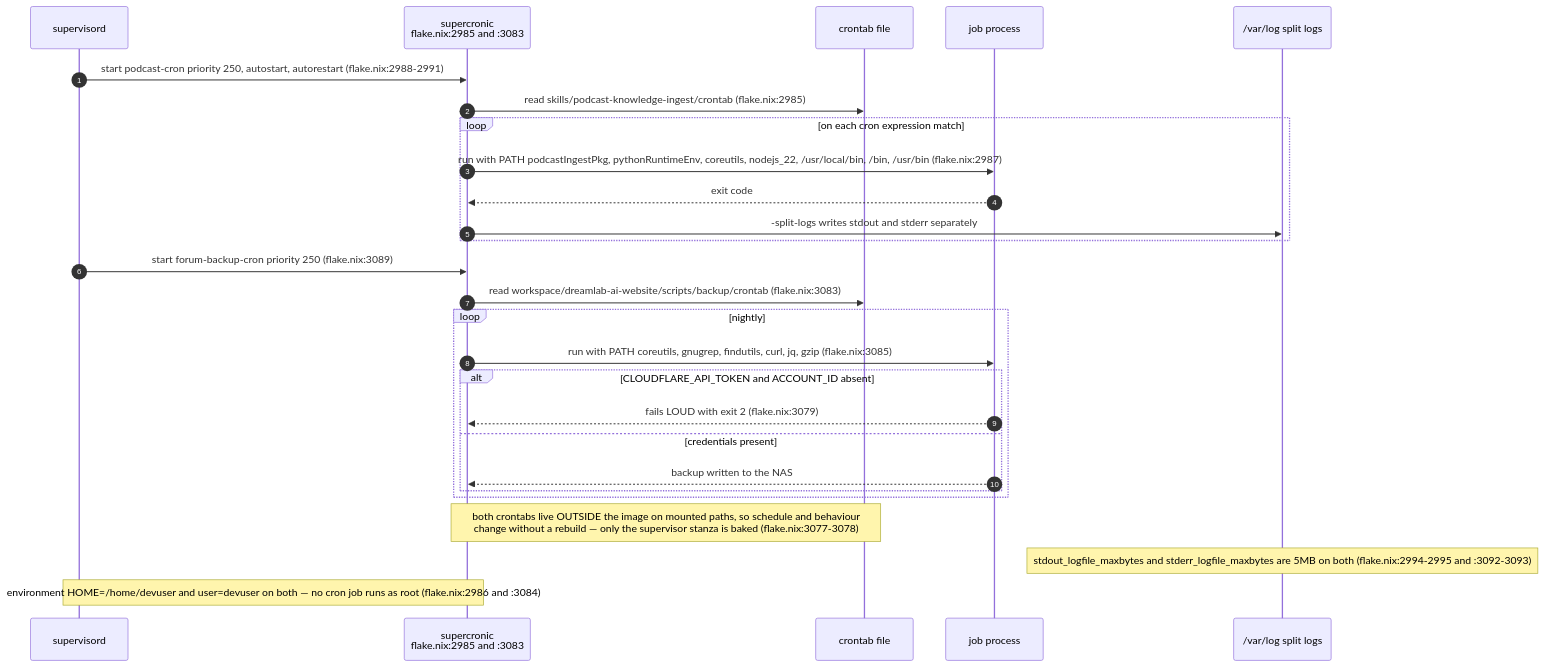
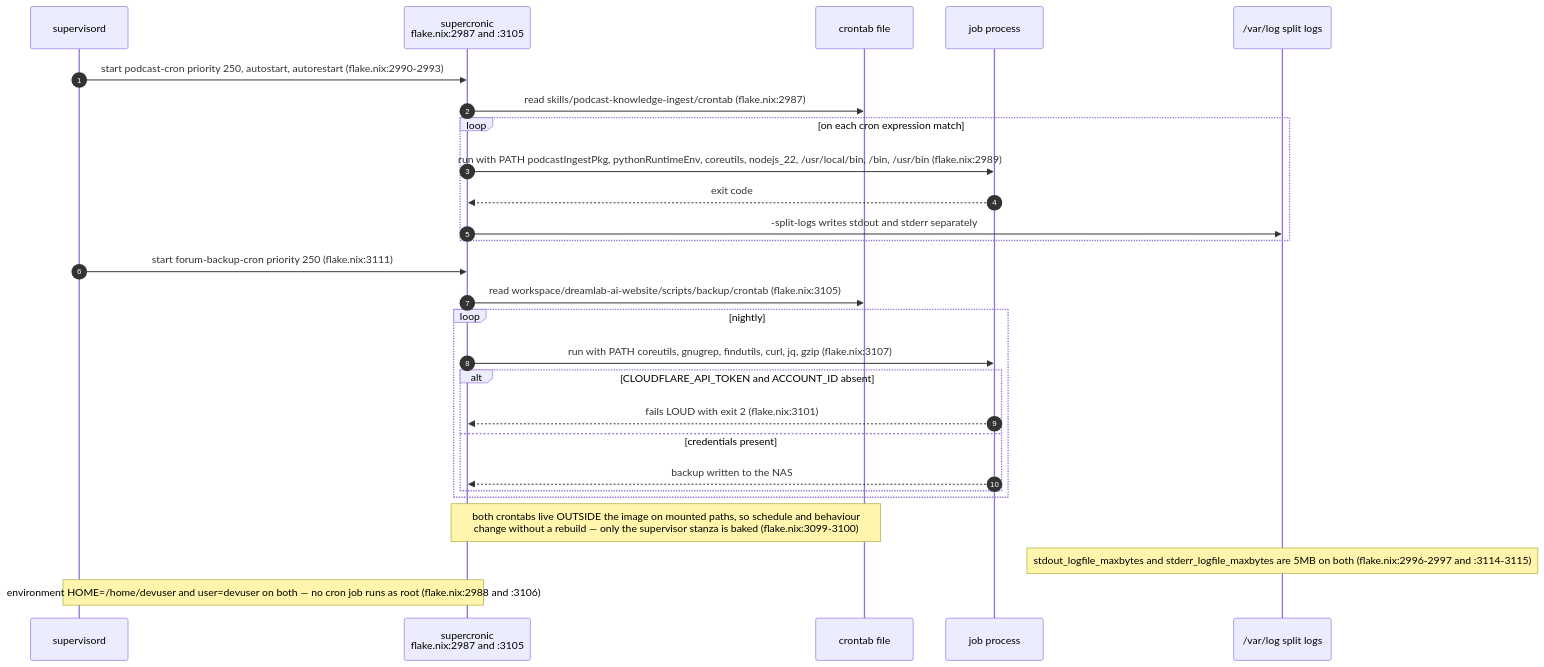
Before and after one commit to DreamLab-AI/VisionFlow: the seventh of 11 diagrams in docs/diagrams/agentbox/07-daemons-reapers-cron-backups.md, drawn with Mermaid. The commit also changed other lines of this file and 173 other files, not shown here.

````diff
--- a/docs/diagrams/agentbox/07-daemons-reapers-cron-backups.md
+++ b/docs/diagrams/agentbox/07-daemons-reapers-cron-backups.md
@@ -289,30 +298,30 @@
 ```mermaid
 sequenceDiagram
     autonumber
     participant SUP as supervisord
-    participant SC as supercronic<br/>flake.nix:2985 and :3083
+    participant SC as supercronic<br/>flake.nix:2987 and :3105
     participant CT as crontab file
     participant J as job process
     participant L as /var/log split logs
 
-    SUP->>SC: start podcast-cron priority 250, autostart, autorestart (flake.nix:2988-2991)
-    SC->>CT: read skills/podcast-knowledge-ingest/crontab (flake.nix:2985)
+    SUP->>SC: start podcast-cron priority 250, autostart, autorestart (flake.nix:2990-2993)
+    SC->>CT: read skills/podcast-knowledge-ingest/crontab (flake.nix:2987)
     loop on each cron expression match
-        SC->>J: run with PATH podcastIngestPkg, pythonRuntimeEnv, coreutils, nodejs_22, /usr/local/bin, /bin, /usr/bin (flake.nix:2987)
+        SC->>J: run with PATH podcastIngestPkg, pythonRuntimeEnv, coreutils, nodejs_22, /usr/local/bin, /bin, /usr/bin (flake.nix:2989)
         J-->>SC: exit code
         SC->>L: -split-logs writes stdout and stderr separately
     end
-    SUP->>SC: start forum-backup-cron priority 250 (flake.nix:3089)
-    SC->>CT: read workspace/dreamlab-ai-website/scripts/backup/crontab (flake.nix:3083)
+    SUP->>SC: start forum-backup-cron priority 250 (flake.nix:3111)
+    SC->>CT: read workspace/dreamlab-ai-website/scripts/backup/crontab (flake.nix:3105)
     loop nightly
-        SC->>J: run with PATH coreutils, gnugrep, findutils, curl, jq, gzip (flake.nix:3085)
+        SC->>J: run with PATH coreutils, gnugrep, findutils, curl, jq, gzip (flake.nix:3107)
         alt CLOUDFLARE_API_TOKEN and ACCOUNT_ID absent
-            J-->>SC: fails LOUD with exit 2 (flake.nix:3079)
+            J-->>SC: fails LOUD with exit 2 (flake.nix:3101)
         else credentials present
             J-->>SC: backup written to the NAS
         end
     end
-    Note over SC,CT: both crontabs live OUTSIDE the image on mounted paths, so schedule and behaviour<br/>change without a rebuild — only the supervisor stanza is baked (flake.nix:3077-3078)
-    Note over L: stdout_logfile_maxbytes and stderr_logfile_maxbytes are 5MB on both (flake.nix:2994-2995 and :3092-3093)
-    Note over SUP,SC: environment HOME=/home/devuser and user=devuser on both — no cron job runs as root (flake.nix:2986 and :3084)
+    Note over SC,CT: both crontabs live OUTSIDE the image on mounted paths, so schedule and behaviour<br/>change without a rebuild — only the supervisor stanza is baked (flake.nix:3099-3100)
+    Note over L: stdout_logfile_maxbytes and stderr_logfile_maxbytes are 5MB on both (flake.nix:2996-2997 and :3114-3115)
+    Note over SUP,SC: environment HOME=/home/devuser and user=devuser on both — no cron job runs as root (flake.nix:2988 and :3106)
 ```
````
